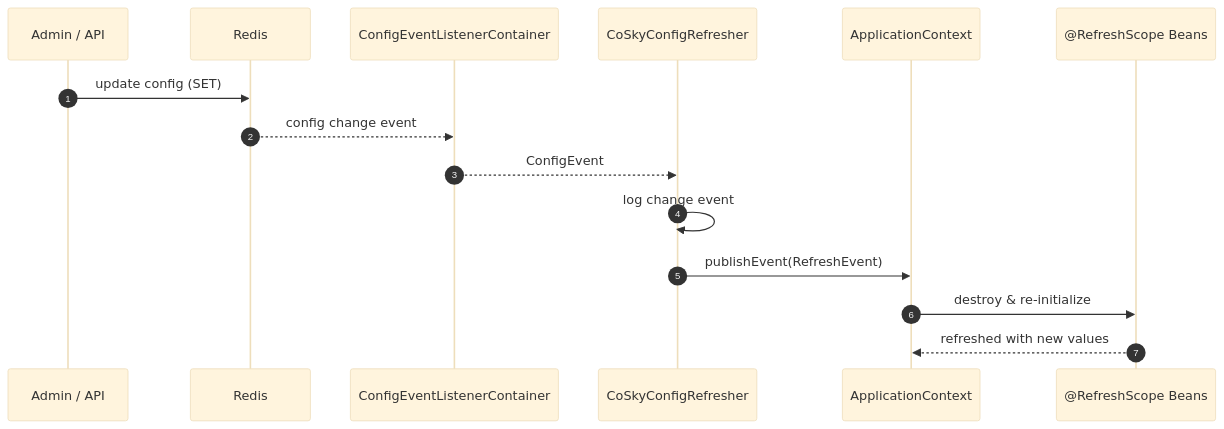
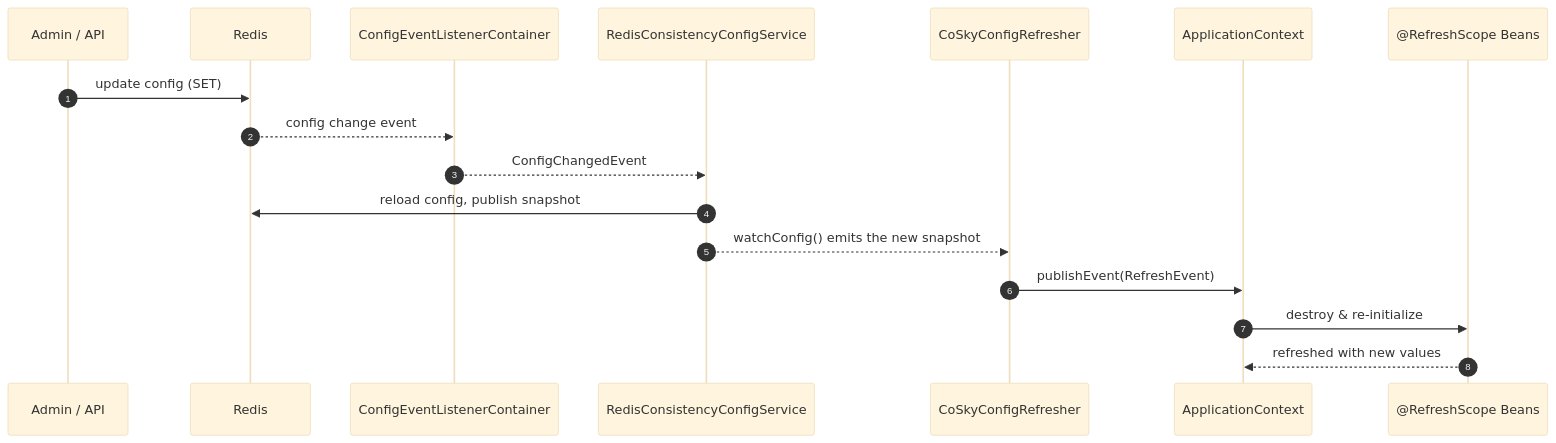
The third of 4 diagrams in wiki/guide/spring-cloud-config.md (Ahoo-Wang/CoSky), drawn with Mermaid (base theme) before and after one commit. The commit also changed other lines of this file and 35 other files, not shown here.

````diff
--- a/wiki/guide/spring-cloud-config.md
+++ b/wiki/guide/spring-cloud-config.md
@@ -108,18 +108,20 @@
 ```mermaid
 sequenceDiagram
     autonumber
     participant User as Admin / API
     participant Redis as Redis
     participant Listener as ConfigEventListenerContainer
+    participant Cache as RedisConsistencyConfigService
     participant Refresher as CoSkyConfigRefresher
     participant Context as ApplicationContext
     participant Beans as @RefreshScope Beans
 
     User->>Redis: update config (SET)
     Redis-->>Listener: config change event
-    Listener-->>Refresher: ConfigEvent
-    Refresher->>Refresher: log change event
+    Listener-->>Cache: ConfigChangedEvent
+    Cache->>Redis: reload config, publish snapshot
+    Cache-->>Refresher: watchConfig() emits the new snapshot
     Refresher->>Context: publishEvent(RefreshEvent)
     Context->>Beans: destroy & re-initialize
     Beans-->>Context: refreshed with new values
 ```
````
